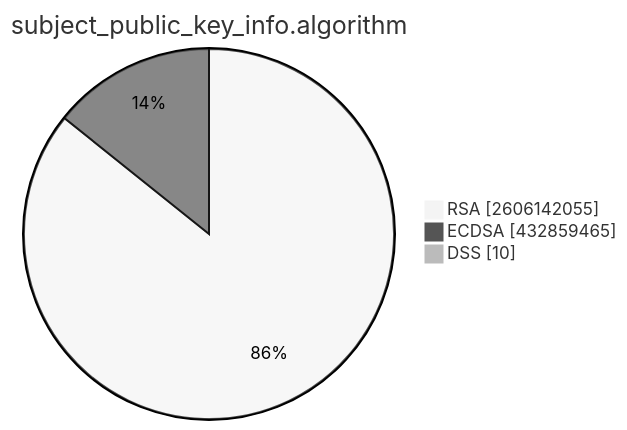
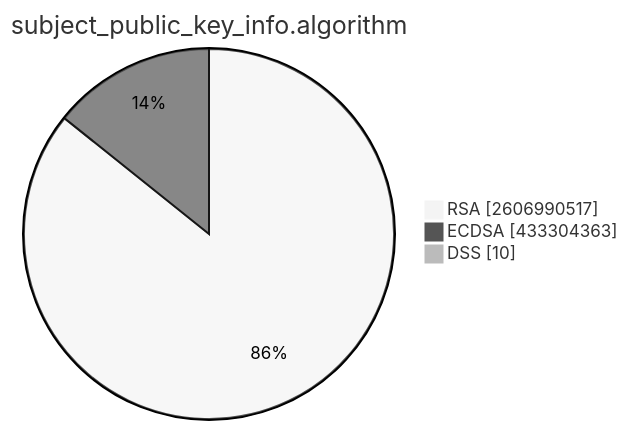
One commit to christiankrug/ctmonitor_visualization changed the second of 15 diagrams in TOTAL/README.md. Above: the diagram before and after it, drawn with Mermaid (neutral theme). The commit also changed other lines of this file, not shown here.

````diff
--- a/TOTAL/README.md
+++ b/TOTAL/README.md
@@ -6,7 +6,7 @@
 ```mermaid
 pie showData
 title subject_public_key_info.algorithm
-"RSA" :2606142055
-"ECDSA" :432859465
+"RSA" :2606990517
+"ECDSA" :433304363
 "DSS" :10
 ```
````
